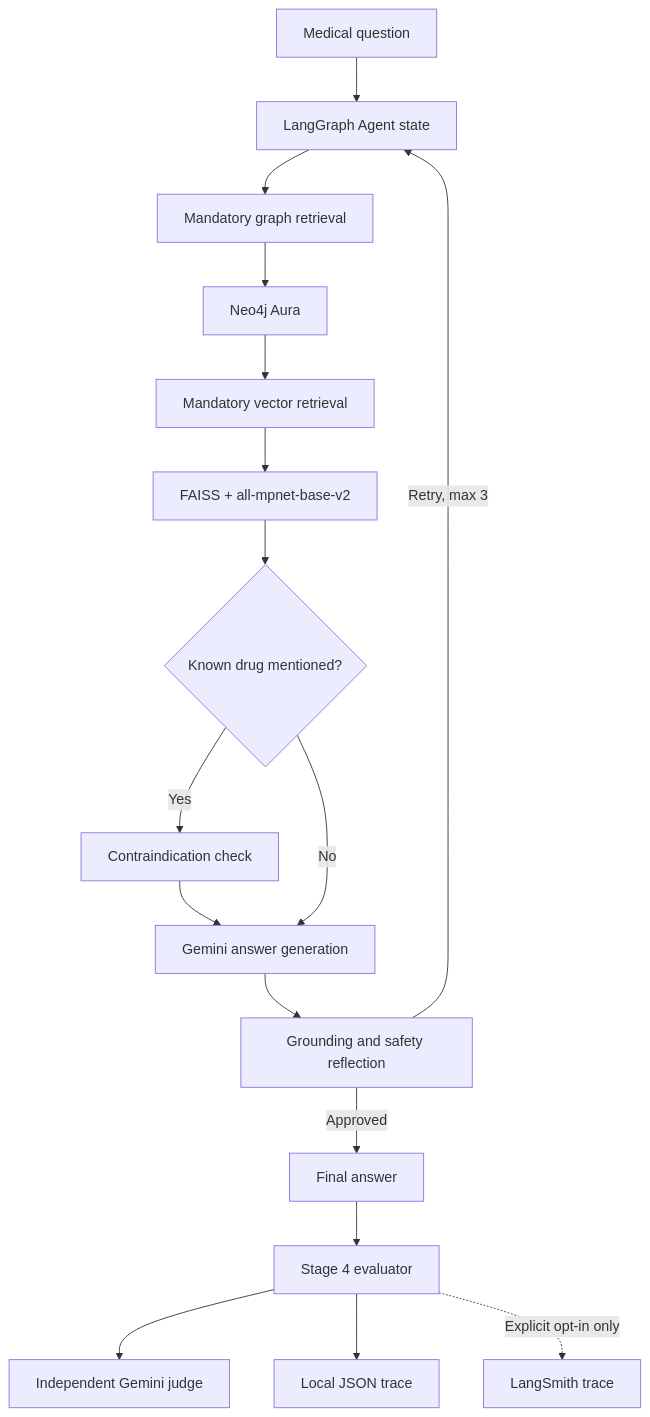
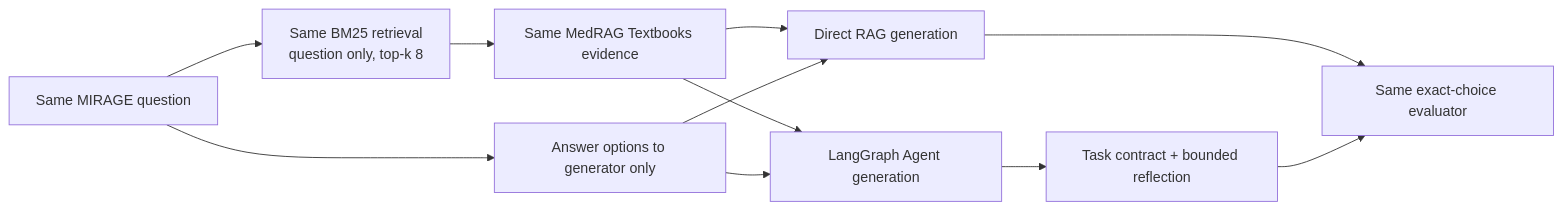
The first of 2 diagrams in README.md (sherryQQQQ/RAG_Medical_Diagnosis), drawn with Mermaid before and after one commit. The commit also changed other lines of this file and 4 other files, not shown here.

```diff
--- a/README.md
+++ b/README.md
@@ -33,19 +53,13 @@
 ~~~mermaid
-flowchart TD
-    Q["Medical question"] --> A["LangGraph Agent state"]
-    A --> G["Mandatory graph retrieval"]
-    G --> N["Neo4j Aura"]
-    N --> V["Mandatory vector retrieval"]
-    V --> F["FAISS + all-mpnet-base-v2"]
-    F --> D{"Known drug mentioned?"}
-    D -- "Yes" --> S["Contraindication check"]
-    S --> X["Gemini answer generation"]
-    D -- "No" --> X
-    X --> R["Grounding and safety reflection"]
-    R -- "Retry, max 3" --> A
-    R -- "Approved" --> O["Final answer"]
-    O --> E["Stage 4 evaluator"]
-    E --> J["Independent Gemini judge"]
-    E --> T["Local JSON trace"]
-    E -. "Explicit opt-in only" .-> L["LangSmith trace"]
+flowchart LR
+    Q["Same MIRAGE question"] --> B["Same BM25 retrieval\nquestion only, top-k 8"]
+    B --> C["Same MedRAG Textbooks evidence"]
+    Q --> O["Answer options to generator only"]
+    C --> R["Direct RAG generation"]
+    O --> R
+    C --> A["LangGraph Agent generation"]
+    O --> A
+    A --> P["Task contract + bounded reflection"]
+    R --> E["Same exact-choice evaluator"]
+    P --> E
 ~~~
```
